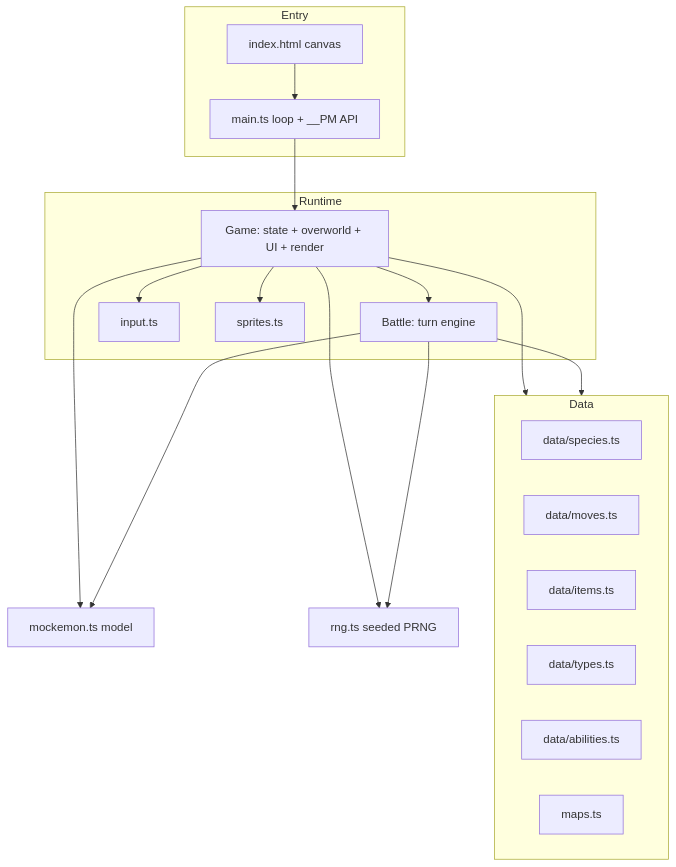
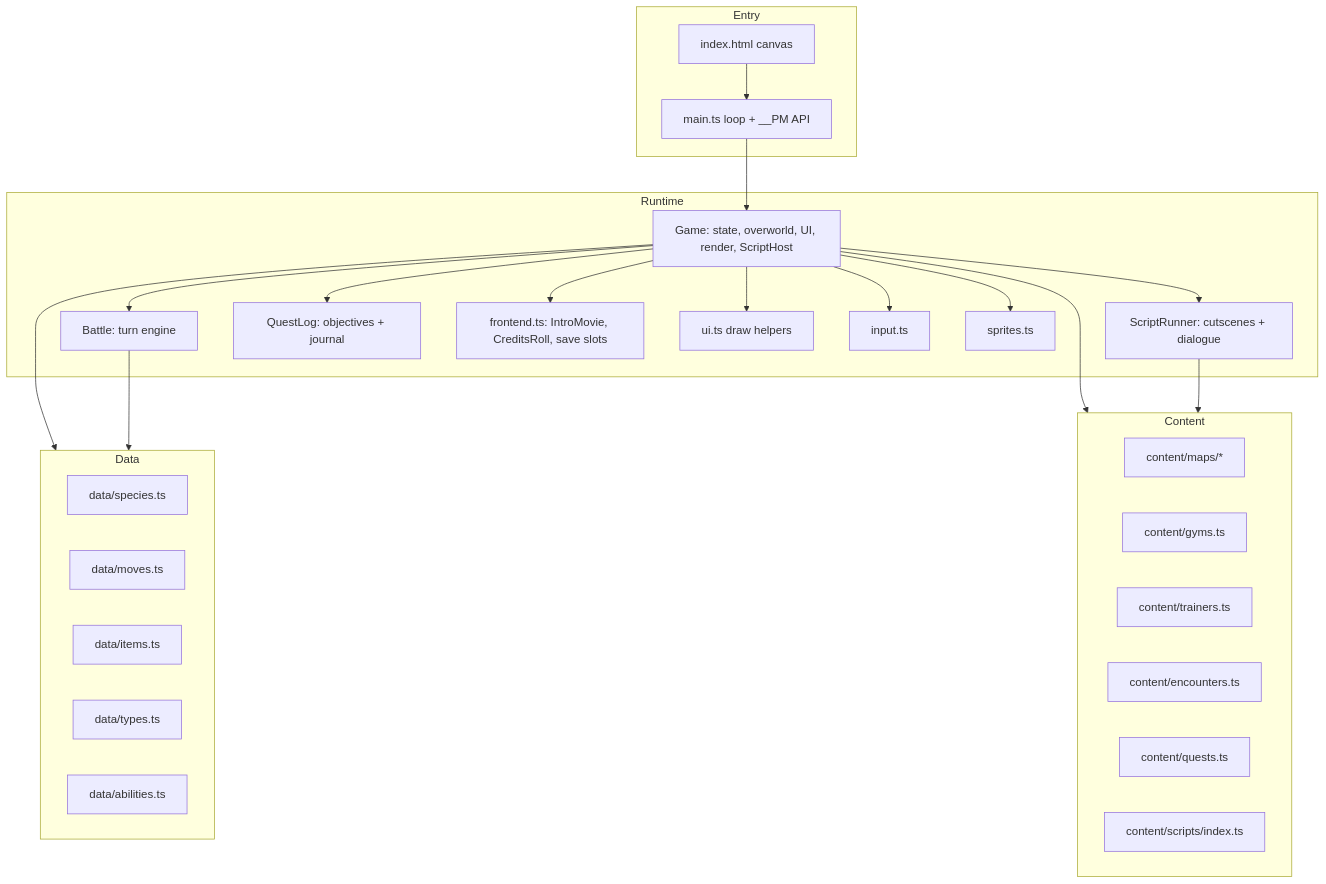
Before and after one commit to KeigoShimadaCC/PocketMockster: the first of 4 diagrams in droid-wiki/overview/architecture.md, drawn with Mermaid. The commit also changed other lines of this file and 47 other files, not shown here.

````diff
--- a/droid-wiki/overview/architecture.md
+++ b/droid-wiki/overview/architecture.md
@@ -7,26 +7,35 @@
 ```mermaid
 graph TD
     subgraph Entry
         HTML[index.html canvas] --> Main[main.ts loop + __PM API]
     end
     subgraph Runtime
-        Main --> Game[Game: state + overworld + UI + render]
+        Main --> Game[Game: state, overworld, UI, render, ScriptHost]
         Game --> Battle[Battle: turn engine]
+        Game --> Scripts[ScriptRunner: cutscenes + dialogue]
+        Game --> Quests[QuestLog: objectives + journal]
+        Game --> Front[frontend.ts: IntroMovie, CreditsRoll, save slots]
+        Game --> UI[ui.ts draw helpers]
         Game --> Input[input.ts]
         Game --> Sprites[sprites.ts]
+    end
+    subgraph Content
+        Maps[content/maps/*]
+        Gyms[content/gyms.ts]
+        Trainers[content/trainers.ts]
+        Encounters[content/encounters.ts]
+        QuestDefs[content/quests.ts]
+        ScriptDefs[content/scripts/index.ts]
     end
     subgraph Data
         Species[data/species.ts]
         Moves[data/moves.ts]
         Items[data/items.ts]
         Types[data/types.ts]
         Abilities[data/abilities.ts]
-        Maps[maps.ts]
     end
+    Game --> Content
     Game --> Data
     Battle --> Data
-    Game --> Mockemon[mockemon.ts model]
-    Battle --> Mockemon
-    Game --> RNG[rng.ts seeded PRNG]
-    Battle --> RNG
+    Scripts --> Content
 ```
````
